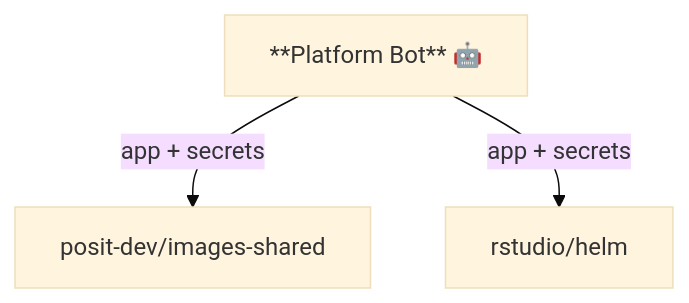
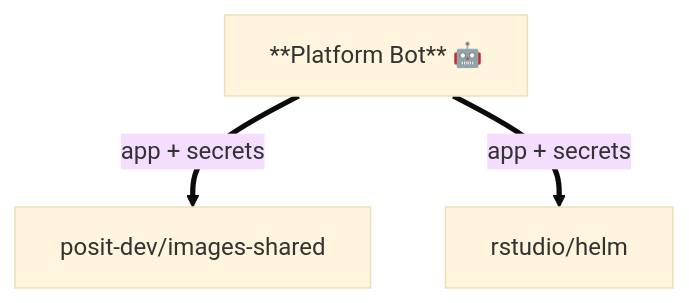
One commit to posit-dev/images-shared changed the fifth of 5 diagrams in pulumi/github/github-apps/README.md. Above: the diagram before and after it, drawn with Mermaid (base theme). The commit also changed other lines of this file, not shown here.

First line of the commit message:
Use thick vs thin lines for diagram clarity

````diff
--- a/pulumi/github/github-apps/README.md
+++ b/pulumi/github/github-apps/README.md
@@ -88,7 +88,7 @@
 ```mermaid
 graph TD
     BOT["**Platform Bot** 🤖"]
 
-    BOT -->|app + secrets| IS["posit-dev/images-shared"]
-    BOT -->|app + secrets| HELM["rstudio/helm"]
+    BOT ==>|app + secrets| IS["posit-dev/images-shared"]
+    BOT ==>|app + secrets| HELM["rstudio/helm"]
 ```
````
